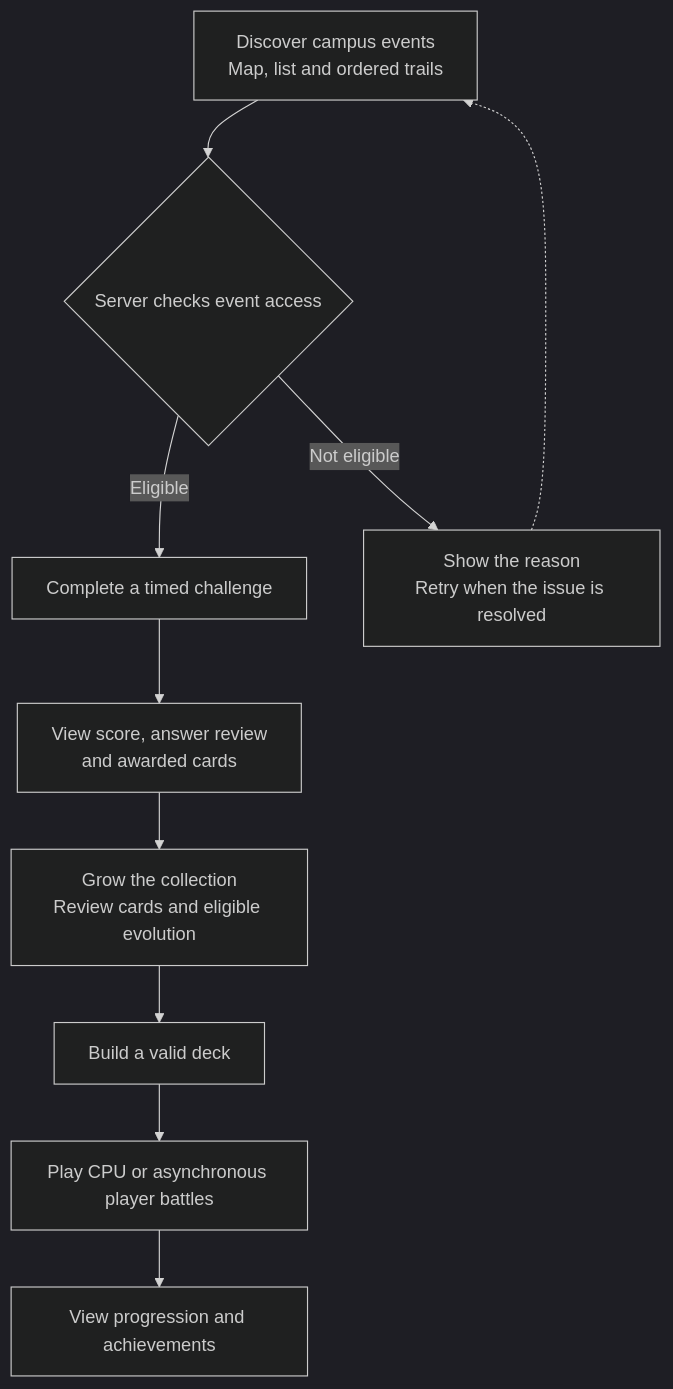
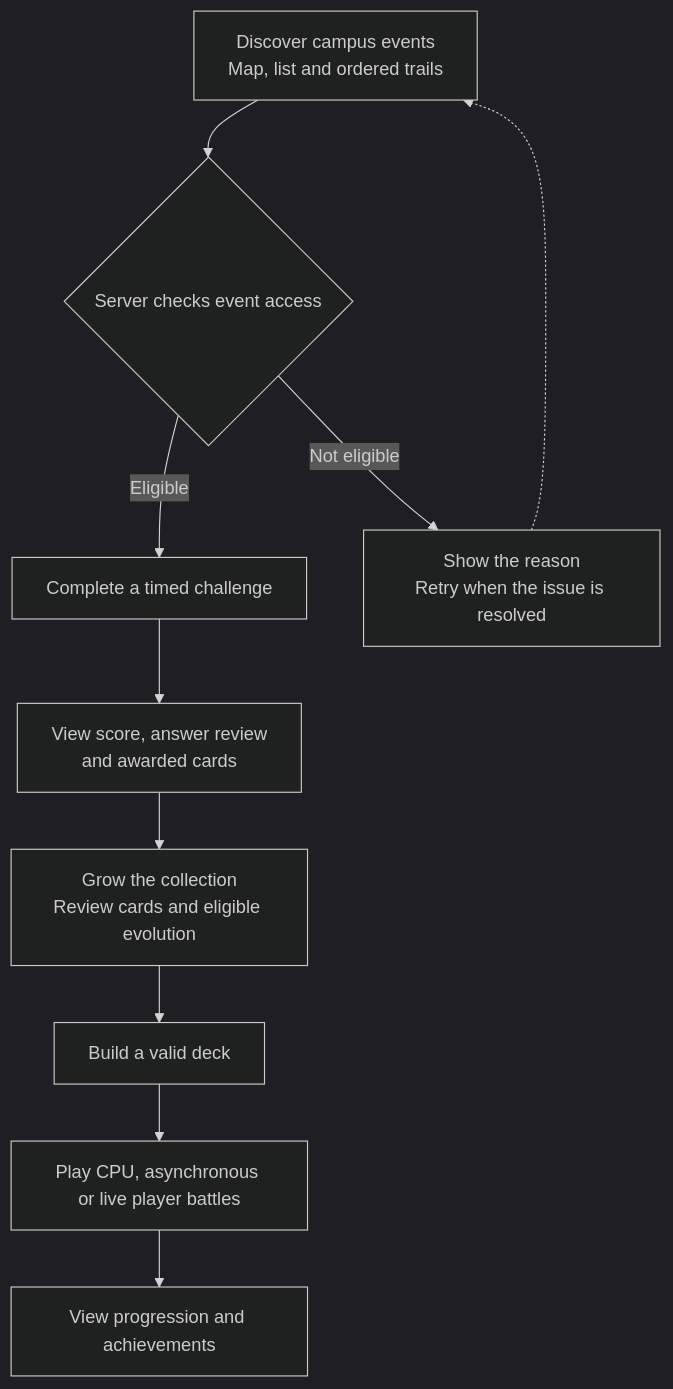
The diagram in docs/architecture/diagrams/index.md (Gradient-Ascenders/Wits-World), drawn with Mermaid (dark theme) before and after one commit. The commit also changed other lines of this file and 24 other files, not shown here.

````diff
--- a/docs/architecture/diagrams/index.md
+++ b/docs/architecture/diagrams/index.md
@@ -15,19 +17,19 @@
 ```mermaid
 flowchart TB
     accTitle: The Wits Quest player journey
     accDescr: Discover an event, pass the server eligibility check, play a challenge, receive the stored result, grow a card collection, build a valid deck and battle. Trails and progression connect repeated play.
     Explore["Discover campus events<br/>Map, list and ordered trails"]
     Eligible{"Server checks event access"}
     Retry["Show the reason<br/>Retry when the issue is resolved"]
     Challenge["Complete a timed challenge"]
     Results["View score, answer review<br/>and awarded cards"]
     Collection["Grow the collection<br/>Review cards and eligible evolution"]
     Deck["Build a valid deck"]
-    Battle["Play CPU or asynchronous player battles"]
+    Battle["Play CPU, asynchronous or live player battles"]
     Progress["View progression and achievements"]
     Explore --> Eligible
     Eligible -->|"Eligible"| Challenge
     Eligible -->|"Not eligible"| Retry
     Retry -.-> Explore
     Challenge --> Results --> Collection --> Deck --> Battle --> Progress
 ```
````
